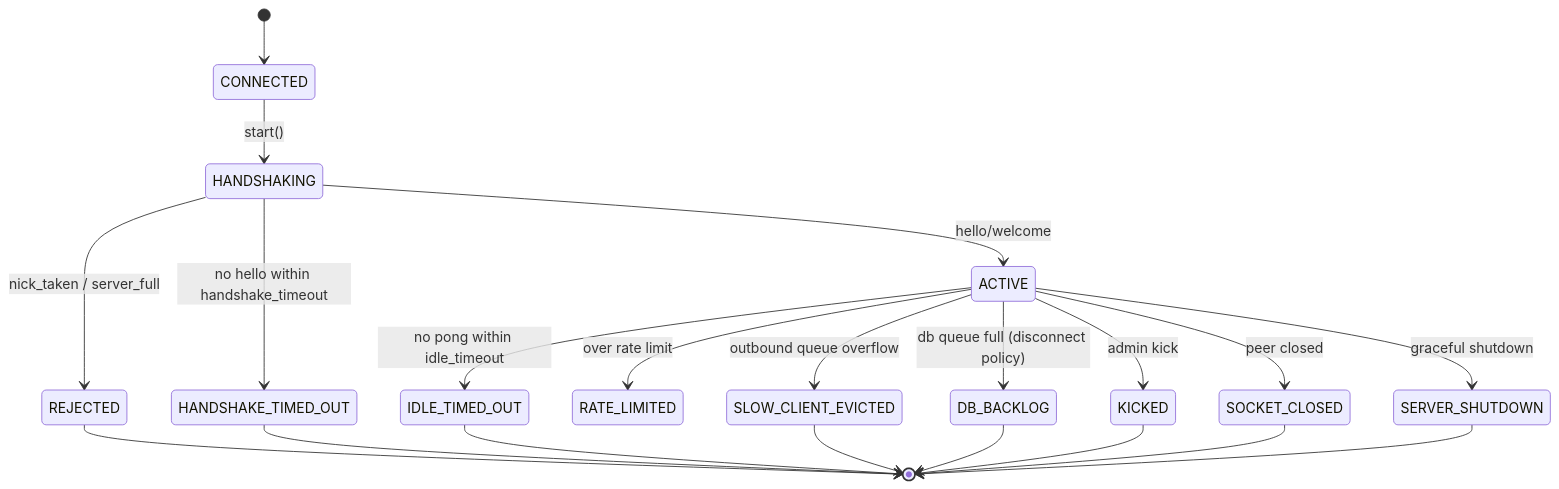
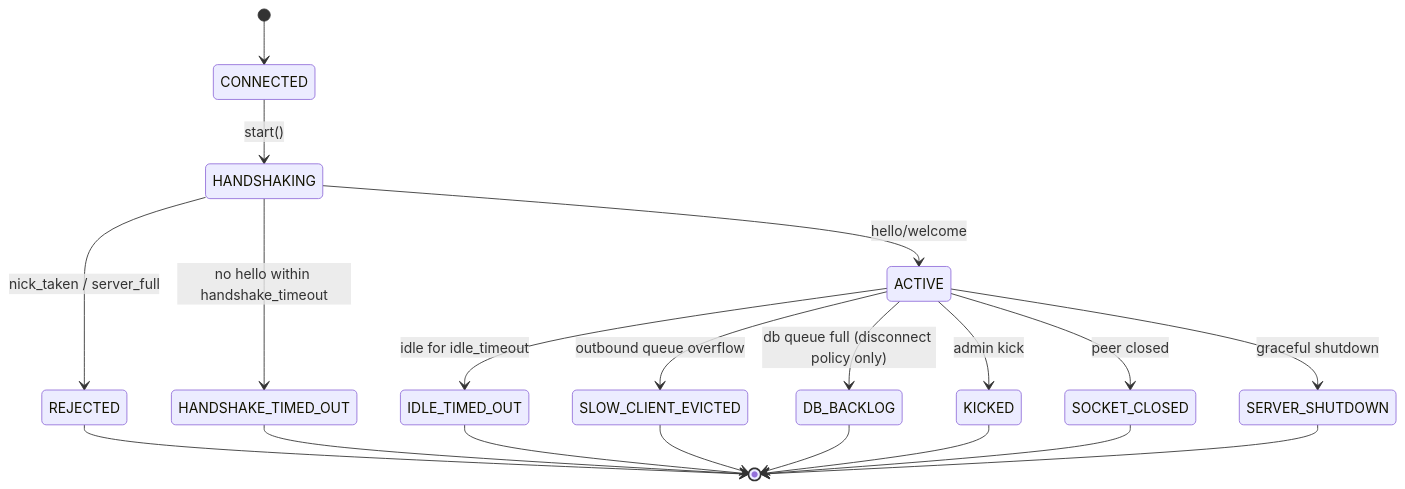
Before and after one commit to PrincetonAfeez/Chat-Server: the diagram in docs/lifecycle.md, drawn with Mermaid. The commit also changed other lines of this file, not shown here.

````diff
--- a/docs/lifecycle.md
+++ b/docs/lifecycle.md
@@ -3,23 +3,22 @@
 ```mermaid
 stateDiagram-v2
     [*] --> CONNECTED
     CONNECTED --> HANDSHAKING: start()
     HANDSHAKING --> ACTIVE: hello/welcome
     HANDSHAKING --> REJECTED: nick_taken / server_full
     HANDSHAKING --> HANDSHAKE_TIMED_OUT: no hello within handshake_timeout
-    ACTIVE --> IDLE_TIMED_OUT: no pong within idle_timeout
-    ACTIVE --> RATE_LIMITED: over rate limit
+    ACTIVE --> IDLE_TIMED_OUT: idle for idle_timeout
     ACTIVE --> SLOW_CLIENT_EVICTED: outbound queue overflow
-    ACTIVE --> DB_BACKLOG: db queue full (disconnect policy)
+    ACTIVE --> DB_BACKLOG: db queue full (disconnect policy only)
     ACTIVE --> KICKED: admin kick
     ACTIVE --> SOCKET_CLOSED: peer closed
     ACTIVE --> SERVER_SHUTDOWN: graceful shutdown
     REJECTED --> [*]
     HANDSHAKE_TIMED_OUT --> [*]
     IDLE_TIMED_OUT --> [*]
     SLOW_CLIENT_EVICTED --> [*]
     DB_BACKLOG --> [*]
     KICKED --> [*]
     SOCKET_CLOSED --> [*]
     SERVER_SHUTDOWN --> [*]
 ```
````
